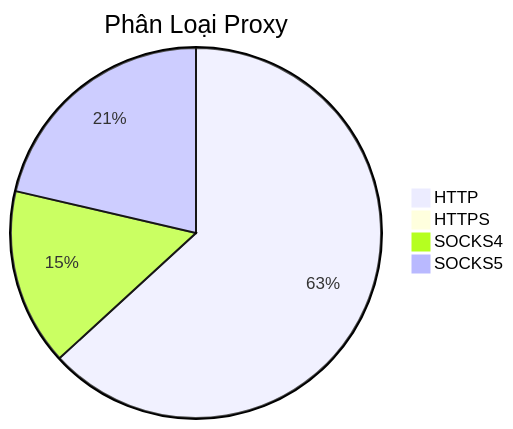
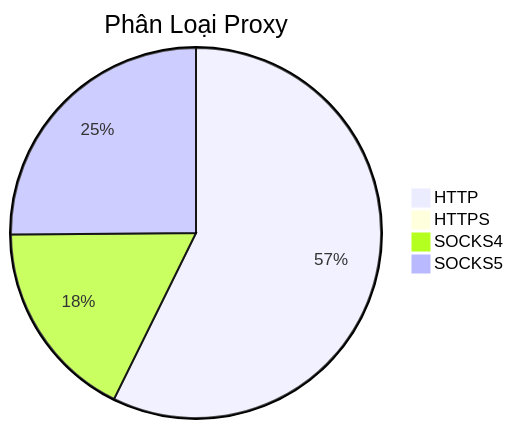
The diagram in README.md (Ciara-12/PROXY-free), drawn with Mermaid before and after one commit. The commit also changed other lines of this file and 3 other files, not shown here.

````diff
--- a/README.md
+++ b/README.md
@@ -26,7 +26,7 @@
 ```mermaid
 pie title Phân Loại Proxy
-    "HTTP" : 1047
+    "HTTP" : 848
     "HTTPS" : 0
-    "SOCKS4" : 256
-    "SOCKS5" : 354
+    "SOCKS4" : 260
+    "SOCKS5" : 372
 ```
````
